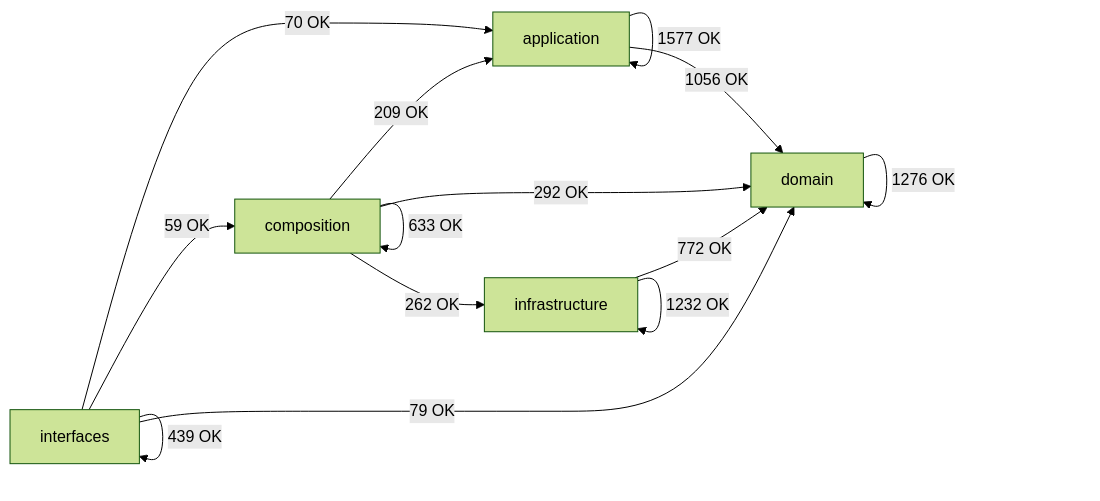
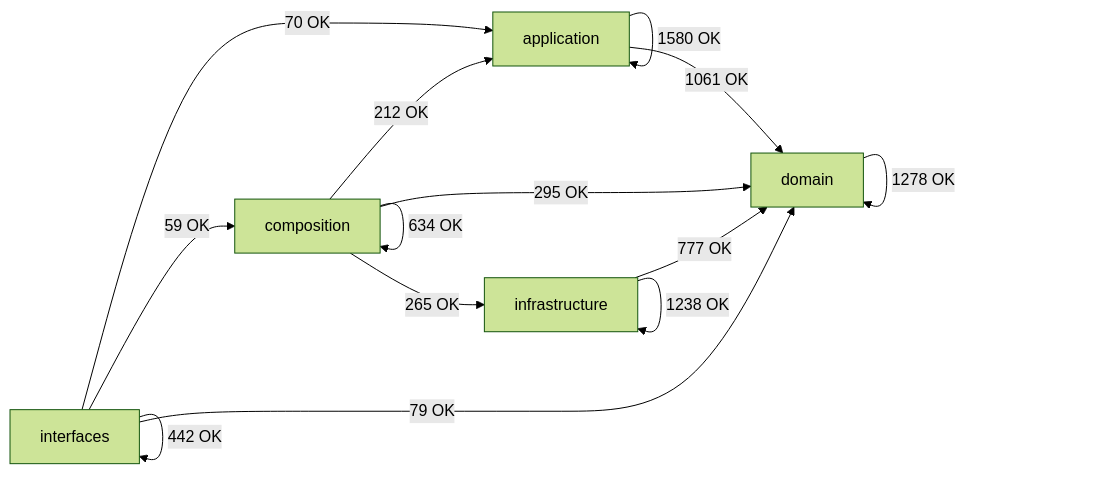
The diagram in docs/02-architecture/generated/module-dependency-map.md (SatoryKono/BioactivityDataAcquisition), drawn with Mermaid (forest theme) before and after one commit. The commit also changed other lines of this file and 27 other files, not shown here.

````diff
--- a/docs/02-architecture/generated/module-dependency-map.md
+++ b/docs/02-architecture/generated/module-dependency-map.md
@@ -17,21 +17,21 @@
 ```mermaid
 flowchart LR
     domain[domain]
     application[application]
     infrastructure[infrastructure]
     composition[composition]
     interfaces[interfaces]
-    application -->|1577 OK| application
-    application -->|1056 OK| domain
-    composition -->|209 OK| application
-    composition -->|633 OK| composition
-    composition -->|292 OK| domain
-    composition -->|262 OK| infrastructure
-    domain -->|1276 OK| domain
-    infrastructure -->|772 OK| domain
-    infrastructure -->|1232 OK| infrastructure
+    application -->|1580 OK| application
+    application -->|1061 OK| domain
+    composition -->|212 OK| application
+    composition -->|634 OK| composition
+    composition -->|295 OK| domain
+    composition -->|265 OK| infrastructure
+    domain -->|1278 OK| domain
+    infrastructure -->|777 OK| domain
+    infrastructure -->|1238 OK| infrastructure
     interfaces -->|70 OK| application
     interfaces -->|59 OK| composition
     interfaces -->|79 OK| domain
-    interfaces -->|439 OK| interfaces
+    interfaces -->|442 OK| interfaces
 ```
````
